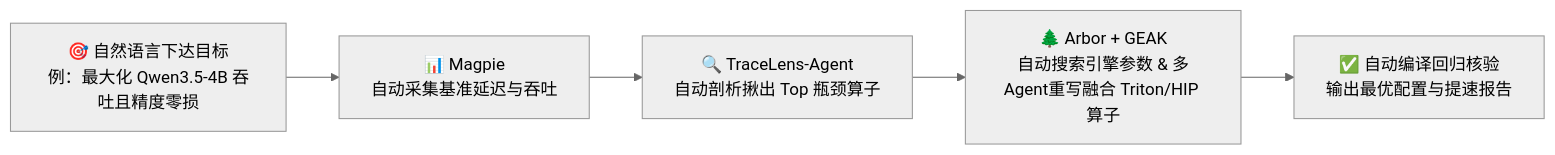
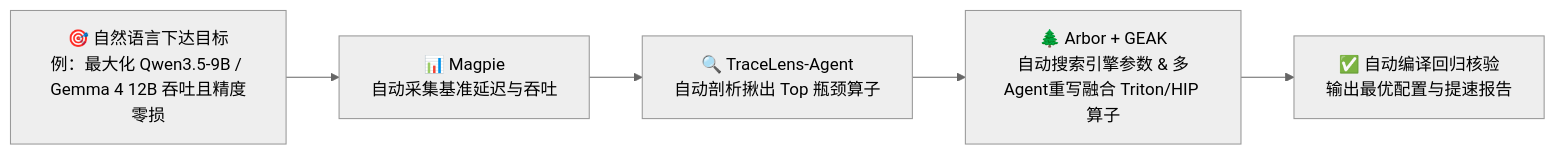
The diagram in docs/zh/06-optimize-speed/agent-cache-and-hyperloom.md (datawhalechina/hello-rocm), drawn with Mermaid (neutral theme) before and after one commit. The commit also changed 22 other files, not shown here.

Commit message:
docs(readme & models): 按仓库2.0实际情况全面重构 README，统一锁定三大主体模型 Gemma 4 E4B/12B 与 Qwen3.5-9B

````diff
--- a/docs/zh/06-optimize-speed/agent-cache-and-hyperloom.md
+++ b/docs/zh/06-optimize-speed/agent-cache-and-hyperloom.md
@@ -30,7 +30,7 @@
 ```mermaid
 flowchart LR
-    G["🎯 自然语言下达目标<br/>例：最大化 Qwen3.5-4B 吞吐且精度零损"] --> M["📊 Magpie<br/>自动采集基准延迟与吞吐"]
+    G["🎯 自然语言下达目标<br/>例：最大化 Qwen3.5-9B / Gemma 4 12B 吞吐且精度零损"] --> M["📊 Magpie<br/>自动采集基准延迟与吞吐"]
     M --> T["🔍 TraceLens-Agent<br/>自动剖析揪出 Top 瓶颈算子"]
     T --> A["🌲 Arbor + GEAK<br/>自动搜索引擎参数 & 多Agent重写融合 Triton/HIP 算子"]
     A --> V["✅ 自动编译回归核验<br/>输出最优配置与提速报告"]
 ```
````
